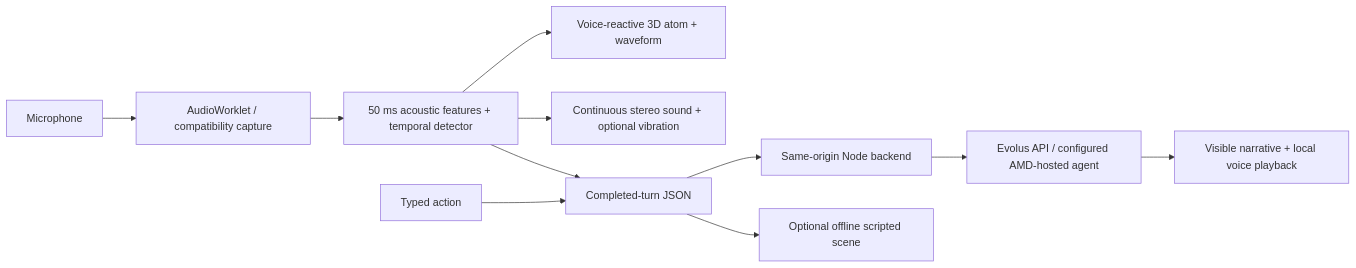
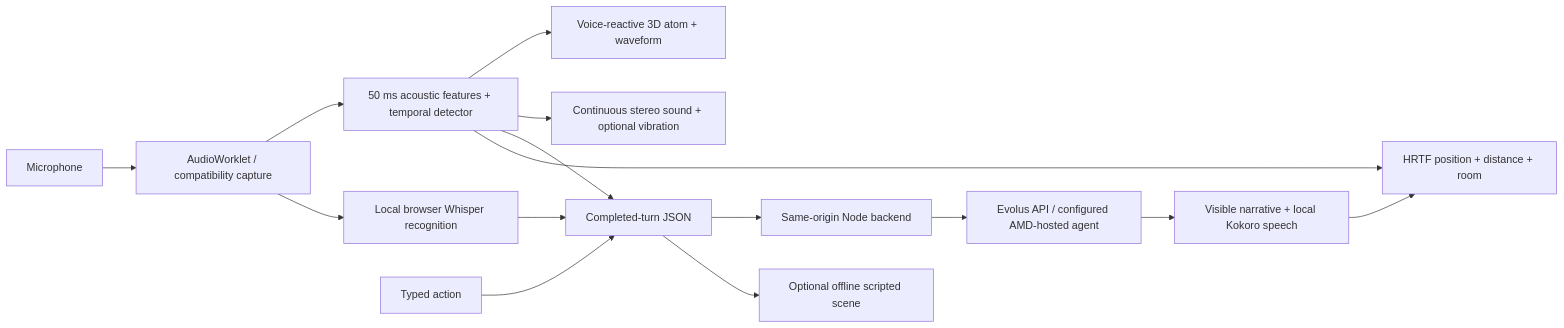
One commit to sg01-stack/project-zero changed the diagram in docs/SUBMISSION.md. Above: the diagram before and after it, drawn with Mermaid. The commit also changed other lines of this file and 35 other files, not shown here.

Commit message:
Add local speech conversation and adaptive spatial narration

````diff
--- a/docs/SUBMISSION.md
+++ b/docs/SUBMISSION.md
@@ -19,13 +19,17 @@
 ```mermaid
 flowchart LR
   Mic[Microphone] --> Capture[AudioWorklet / compatibility capture]
   Capture --> Detector[50 ms acoustic features + temporal detector]
   Detector --> Atom[Voice-reactive 3D atom + waveform]
+  Capture --> ASR[Local browser Whisper recognition]
+  ASR --> JSON
   Detector --> Scene[Continuous stereo sound + optional vibration]
   Detector --> JSON[Completed-turn JSON]
   Text[Typed action] --> JSON
   JSON --> Backend[Same-origin Node backend]
   Backend --> Evolus[Evolus API / configured AMD-hosted agent]
-  Evolus --> Reply[Visible narrative + local voice playback]
+  Evolus --> Reply[Visible narrative + local Kokoro speech]
+  Reply --> Spatial[HRTF position + distance + room]
+  Detector --> Spatial
   JSON --> Offline[Optional offline scripted scene]
 ```
````
